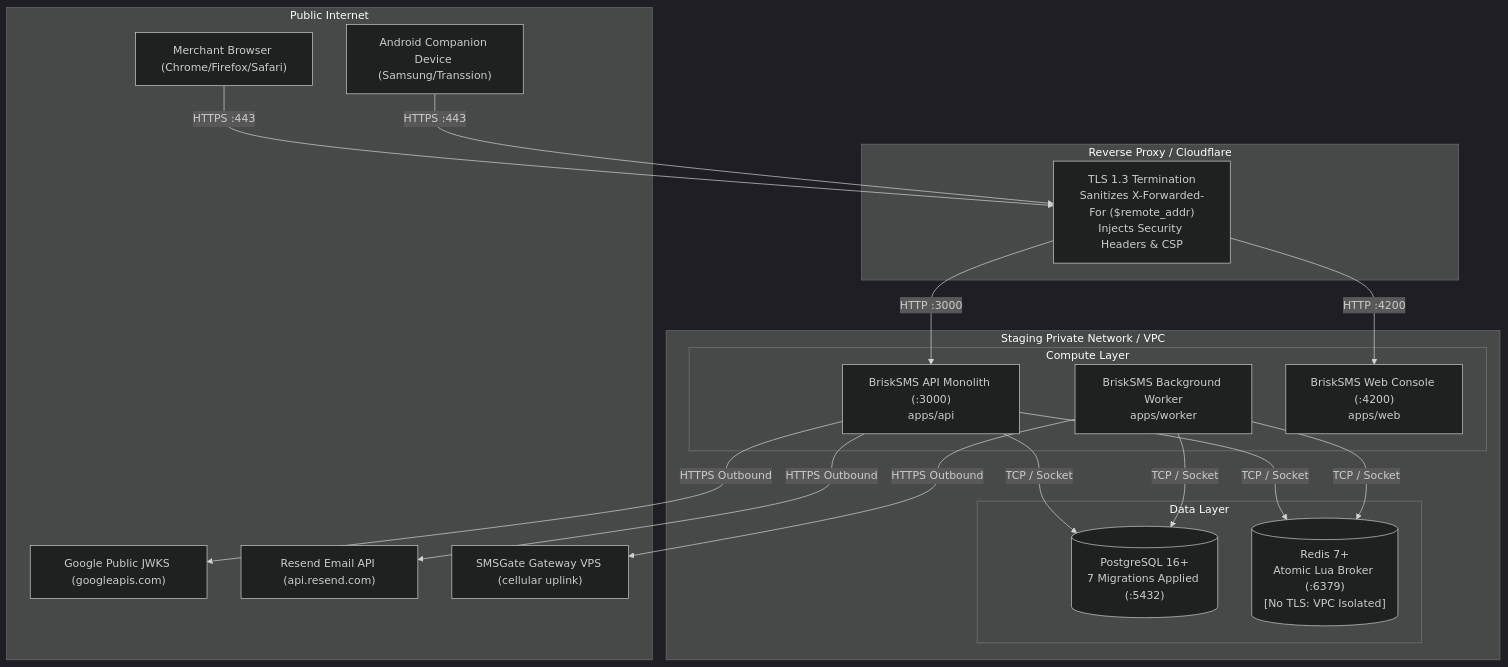
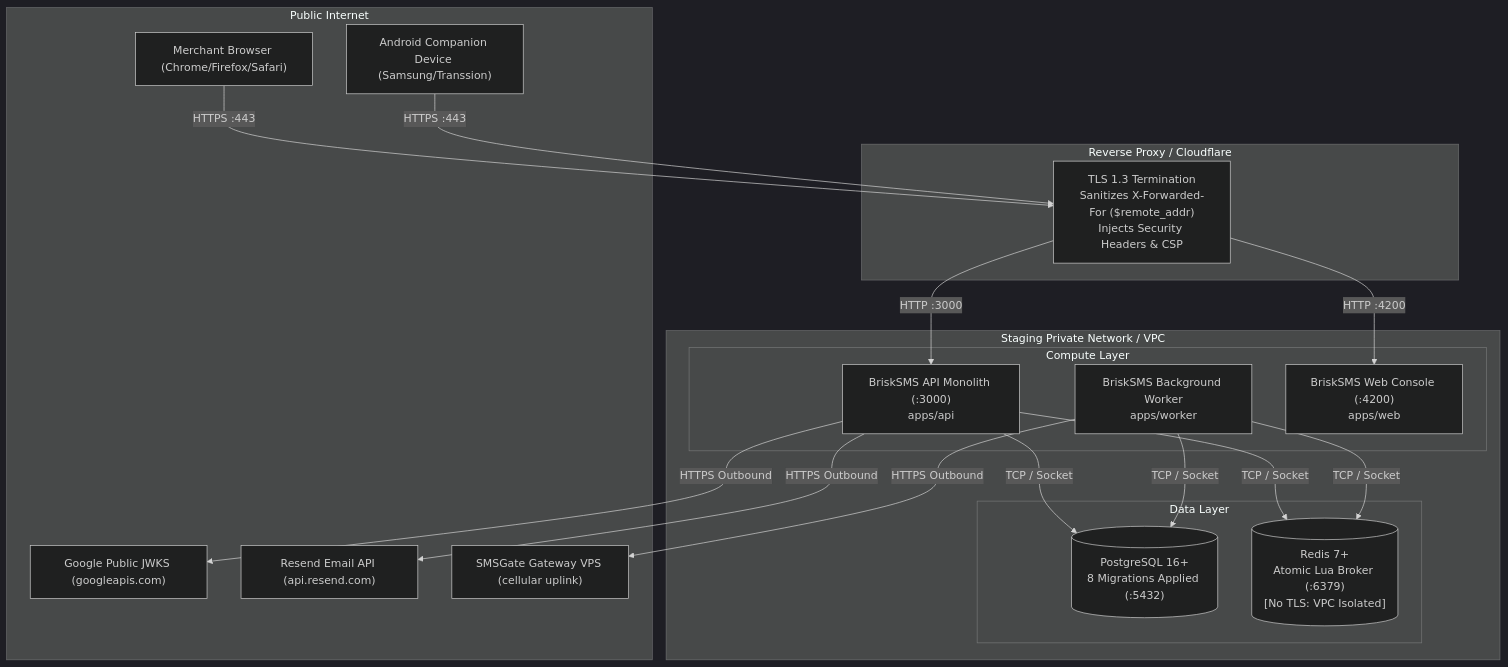
One commit to realmadede/BriskSMS changed the diagram in docs/reports/STAGING_READINESS_AUDIT.md. Above: the diagram before and after it, drawn with Mermaid (dark theme). The commit also changed other lines of this file and 8 other files, not shown here.

````diff
--- a/docs/reports/STAGING_READINESS_AUDIT.md
+++ b/docs/reports/STAGING_READINESS_AUDIT.md
@@ -291,41 +302,41 @@
 ```mermaid
 flowchart TD
     subgraph Public Internet
         Browser["Merchant Browser (Chrome/Firefox/Safari)"]
         AndroidDevice["Android Companion Device (Samsung/Transsion)"]
         GoogleJWKS["Google Public JWKS (googleapis.com)"]
         ResendAPI["Resend Email API (api.resend.com)"]
         SMSGateCloud["SMSGate Gateway VPS (cellular uplink)"]
     end
 
     subgraph Staging Edge [Reverse Proxy / Cloudflare]
         Edge["TLS 1.3 Termination<br/>Sanitizes X-Forwarded-For ($remote_addr)<br/>Injects Security Headers & CSP"]
     end
 
     subgraph Staging Private Network / VPC
         subgraph Compute Layer
             API["BriskSMS API Monolith (:3000)<br/>apps/api"]
             Worker["BriskSMS Background Worker<br/>apps/worker"]
             WebConsole["BriskSMS Web Console (:4200)<br/>apps/web"]
         end
 
         subgraph Data Layer
-            PG[("PostgreSQL 16+<br/>7 Migrations Applied (:5432)")]
+            PG[("PostgreSQL 16+<br/>8 Migrations Applied (:5432)")]
             Redis[("Redis 7+<br/>Atomic Lua Broker (:6379)<br/>[No TLS: VPC Isolated]")]
         end
     end
 
     Browser -->|HTTPS :443| Edge
     AndroidDevice -->|HTTPS :443| Edge
     Edge -->|HTTP :3000| API
     Edge -->|HTTP :4200| WebConsole
 
     API -->|TCP / Socket| PG
     API -->|TCP / Socket| Redis
     Worker -->|TCP / Socket| PG
     Worker -->|TCP / Socket| Redis
 
     API -->|HTTPS Outbound| GoogleJWKS
     API -->|HTTPS Outbound| ResendAPI
     Worker -->|HTTPS Outbound| SMSGateCloud
 ```
````
